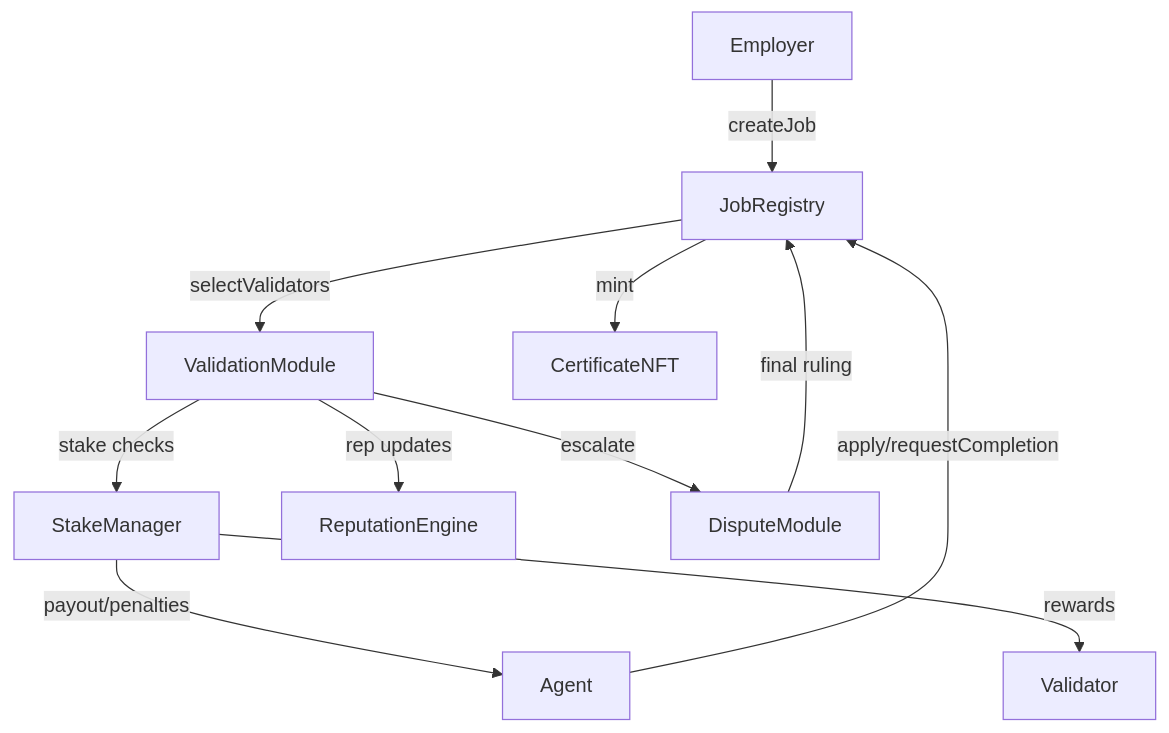
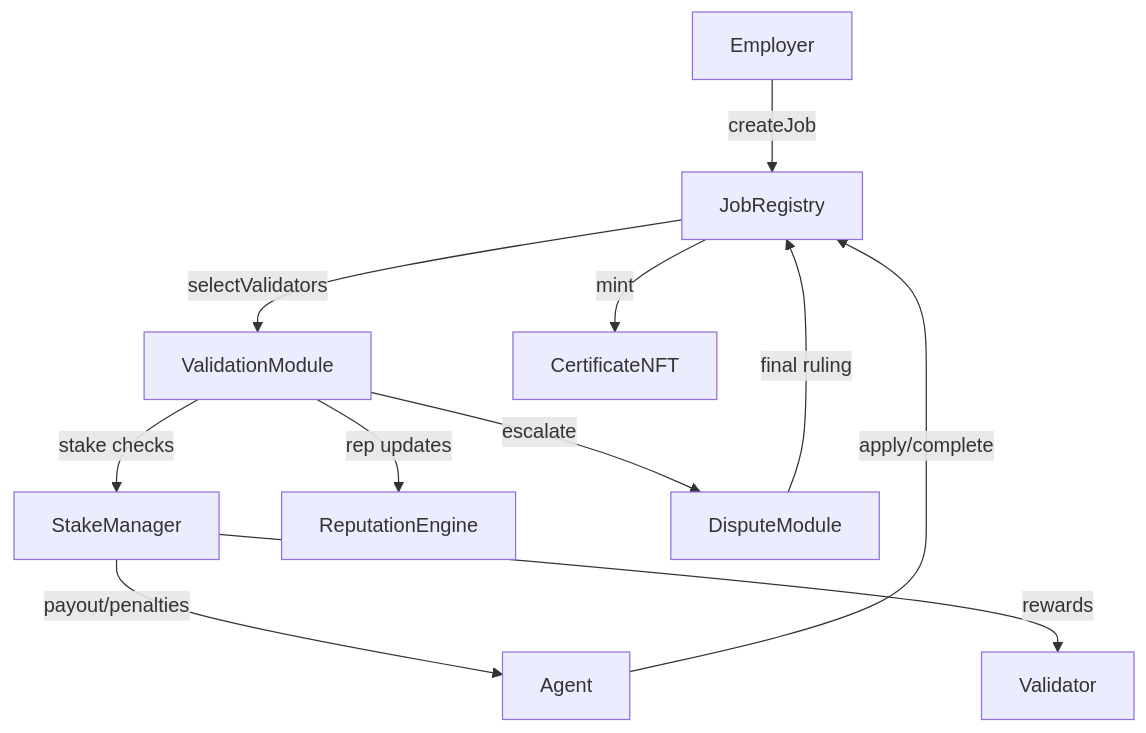
One commit to MontrealAI/AGIJobsv0 changed the first of 2 diagrams in docs/architecture-v2.md. Above: the diagram before and after it, drawn with Mermaid. The commit also changed other lines of this file and 4 other files, not shown here.

Commit message:
fix: update job registry v2 and tests

````diff
--- a/docs/architecture-v2.md
+++ b/docs/architecture-v2.md
@@ -26,13 +26,13 @@
 ```mermaid
 graph TD
     Employer -->|createJob| JobRegistry
-    Agent -->|apply/requestCompletion| JobRegistry
+    Agent -->|apply/complete| JobRegistry
     JobRegistry -->|selectValidators| ValidationModule
     ValidationModule -->|stake checks| StakeManager
     ValidationModule -->|rep updates| ReputationEngine
     ValidationModule -->|escalate| DisputeModule
     DisputeModule -->|final ruling| JobRegistry
     JobRegistry -->|mint| CertificateNFT
     StakeManager -->|payout/penalties| Agent
     StakeManager -->|rewards| Validator
 ```
````
